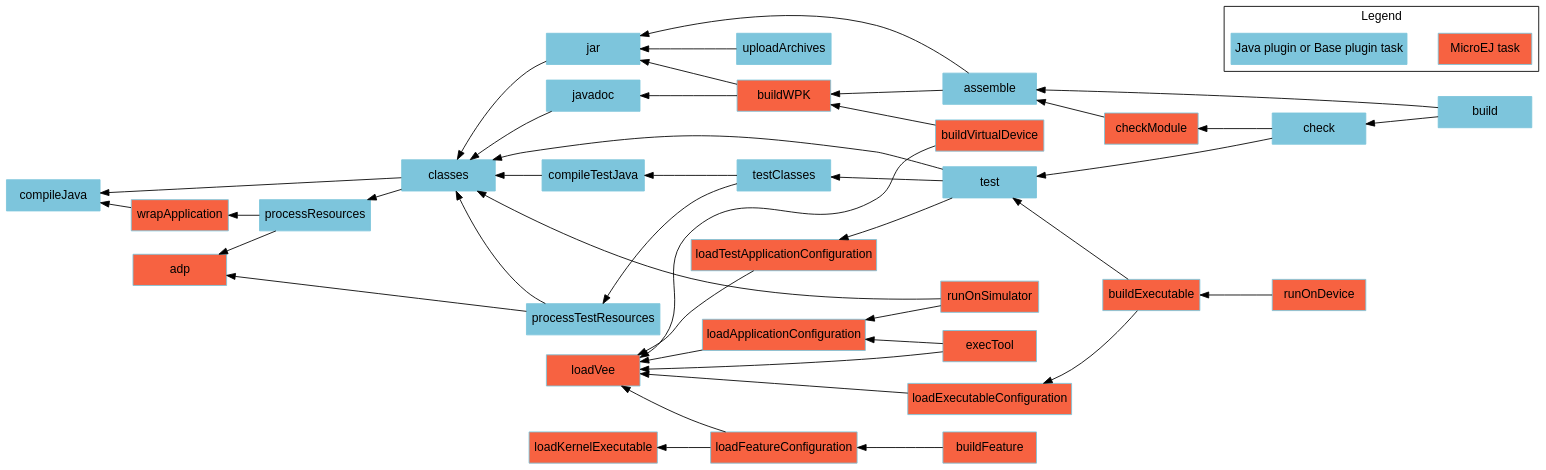
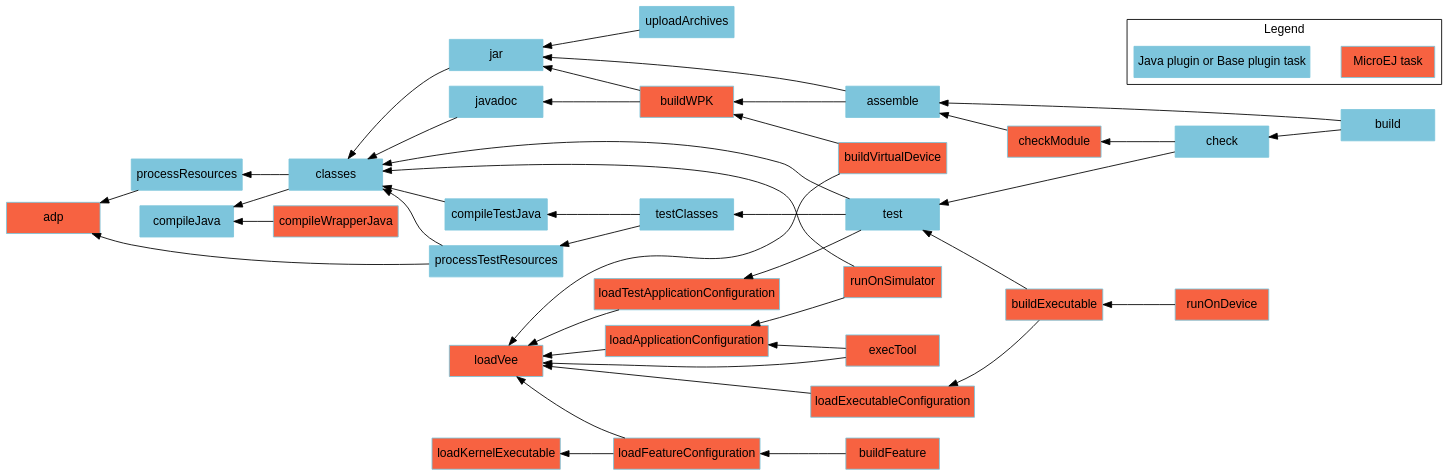
One commit to MicroEJ/docs changed the diagram in SDK6UserGuide/graphApplicationModule.dot. Above: the diagram before and after it, drawn with Graphviz. The commit also changed 3 other files, not shown here.

Commit message:
remove the wrapApplication task

```diff
--- a/SDK6UserGuide/graphApplicationModule.dot
+++ b/SDK6UserGuide/graphApplicationModule.dot
@@ -1,77 +1,76 @@
 digraph mygraph {
     rankdir="RL";
     bgcolor="transparent"
     fontname="Helvetica,Arial,sans-serif"
     node [
         shape = box
         width = 1.5
         color = "#7dc5dc"
         style = filled
         fontname="Helvetica,Arial,sans-serif"
     ]
     edge [fontname="Helvetica,Arial,sans-serif"]
     "adp" [fillcolor = "#f76241"]
     "checkModule" [fillcolor = "#f76241"]
     "loadKernelExecutable" [fillcolor = "#f76241"]
     "loadVee" [fillcolor = "#f76241"]
     "loadApplicationConfiguration" [fillcolor = "#f76241"]
     "loadExecutableConfiguration" [fillcolor = "#f76241"] 
     "loadFeatureConfiguration" [fillcolor = "#f76241"]
     "loadTestApplicationConfiguration" [fillcolor = "#f76241"]
     "runOnSimulator" [fillcolor = "#f76241"]
     "buildWPK" [fillcolor = "#f76241"]
     "buildExecutable" [fillcolor = "#f76241"]
     "buildVirtualDevice" [fillcolor = "#f76241"]
     "buildFeature" [fillcolor = "#f76241"]
     "runOnDevice" [fillcolor = "#f76241"]
     "execTool" [fillcolor = "#f76241"]
-    "wrapApplication" [fillcolor = "#f76241"]
+    "compileWrapperJava" [fillcolor = "#f76241"]
     "build" -> "check"
     "check" -> "test"
     "test" -> "classes"
     "test" -> "testClasses"
     "test" -> "loadTestApplicationConfiguration"
     "testClasses" -> "compileTestJava"
     "testClasses" -> "processTestResources"
     "loadTestApplicationConfiguration" -> "loadVee"
     "processResources" -> "adp"
     "processTestResources" -> "adp"
     "processTestResources" -> "classes"
     "compileTestJava" -> "classes"
     "javadoc" -> "classes"
     "classes" -> "compileJava"
     "classes" -> "processResources"
     "build" -> "assemble"
     "assemble" -> "jar"
     "assemble" -> "buildWPK"
     "uploadArchives" -> "jar"
     "jar" -> "classes"
     "runOnSimulator" -> "classes"
     "runOnSimulator" -> "loadApplicationConfiguration"
     "loadApplicationConfiguration" -> "loadVee"
     "checkModule" -> "assemble"
     "check" -> "checkModule"
     "buildWPK" -> "jar"
     "buildWPK" -> "javadoc"
     "buildExecutable" -> "test"
     "buildExecutable" -> "loadExecutableConfiguration"
     "loadExecutableConfiguration" -> "loadVee"
     "buildVirtualDevice" -> "loadVee"
     "buildVirtualDevice" -> "buildWPK"
     "buildFeature" -> "loadFeatureConfiguration"
     "loadFeatureConfiguration" -> "loadKernelExecutable"
     "loadFeatureConfiguration" -> "loadVee"
     "runOnDevice" -> "buildExecutable"
     "execTool" -> "loadApplicationConfiguration"
     "execTool" -> "loadVee"
-    "processResources" -> "wrapApplication"
-    "wrapApplication" -> "compileJava"
+    "compileWrapperJava" -> "compileJava"
     
     subgraph cluster_legend {
         label="Legend";
         microej [fillcolor="#f76241" label="MicroEJ task"];
         java [fillcolor="#7dc5dc" label="Java plugin or Base plugin task"];
         microej -> java [style=invis];
         java -> microej [style=invis];
     }
 }
```
